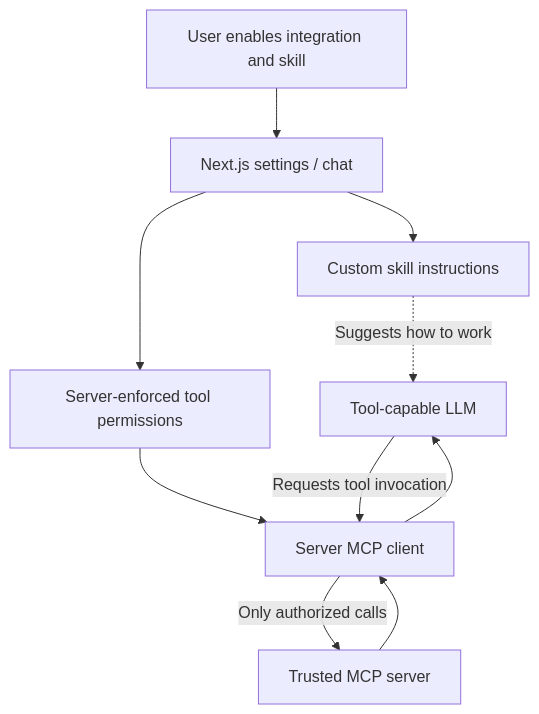
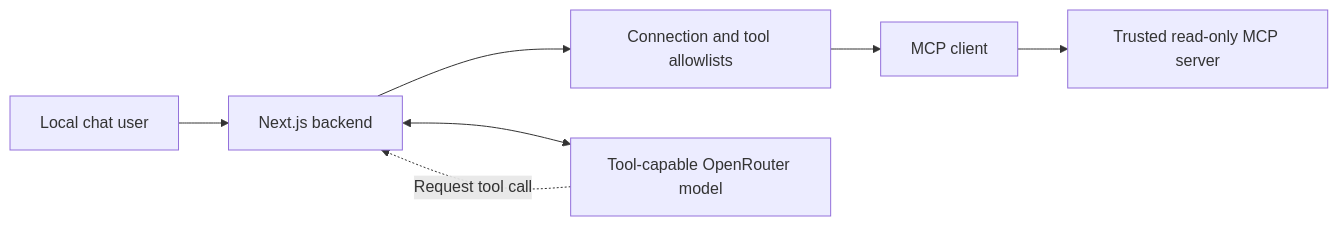
One commit to kereszteszsolt/open-nook-ai changed the diagram in docs/extensions.md. Above: the diagram before and after it, drawn with Mermaid. The commit also changed other lines of this file and 41 other files, not shown here.

````diff
--- a/docs/extensions.md
+++ b/docs/extensions.md
@@ -13,11 +12,9 @@
 ```mermaid
-flowchart TB
-    User[User enables integration and skill] --> UI[Next.js settings / chat]
-    UI --> Skill[Custom skill instructions]
-    UI --> Perms[Server-enforced tool permissions]
-    Skill -.->|Suggests how to work| Model[Tool-capable LLM]
-    Perms --> Runtime[Server MCP client]
-    Model -->|Requests tool invocation| Runtime
-    Runtime -->|Only authorized calls| Server[Trusted MCP server]
-    Server --> Runtime --> Model
+flowchart LR
+    Browser[Local chat user] --> Route[Next.js backend]
+    Route --> Policy[Connection and tool allowlists]
+    Policy --> Client[MCP client]
+    Client --> Server[Trusted read-only MCP server]
+    Route <--> Model[Tool-capable OpenRouter model]
+    Model -.->|Request tool call| Route
 ```
````
